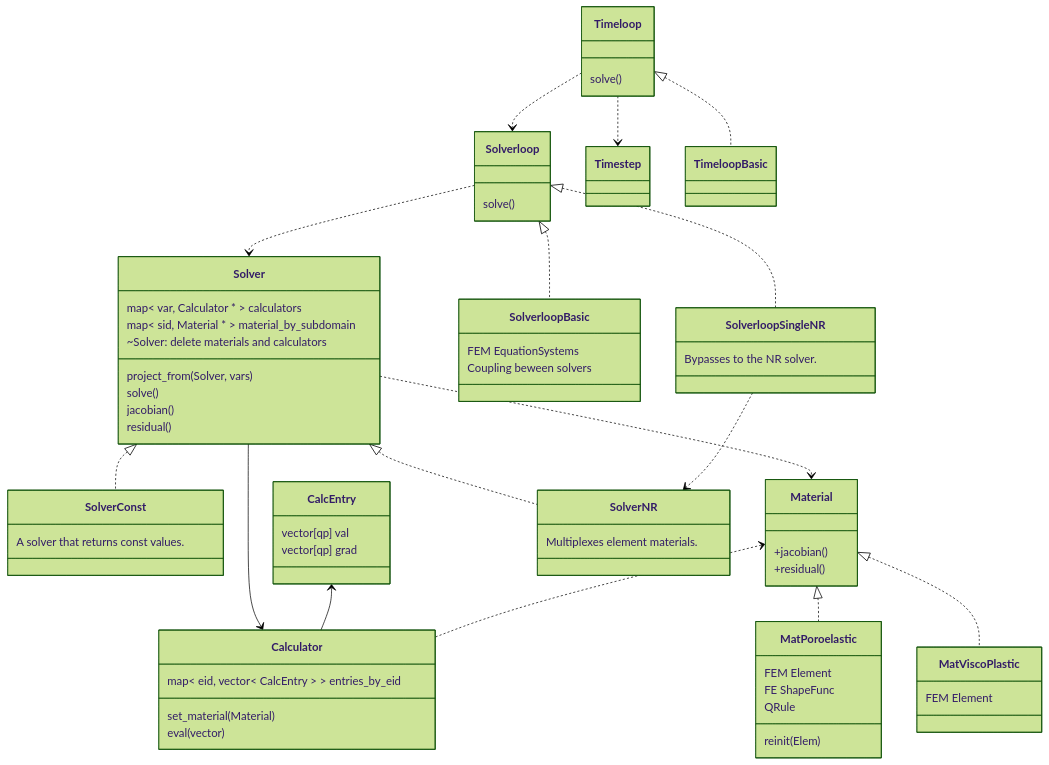
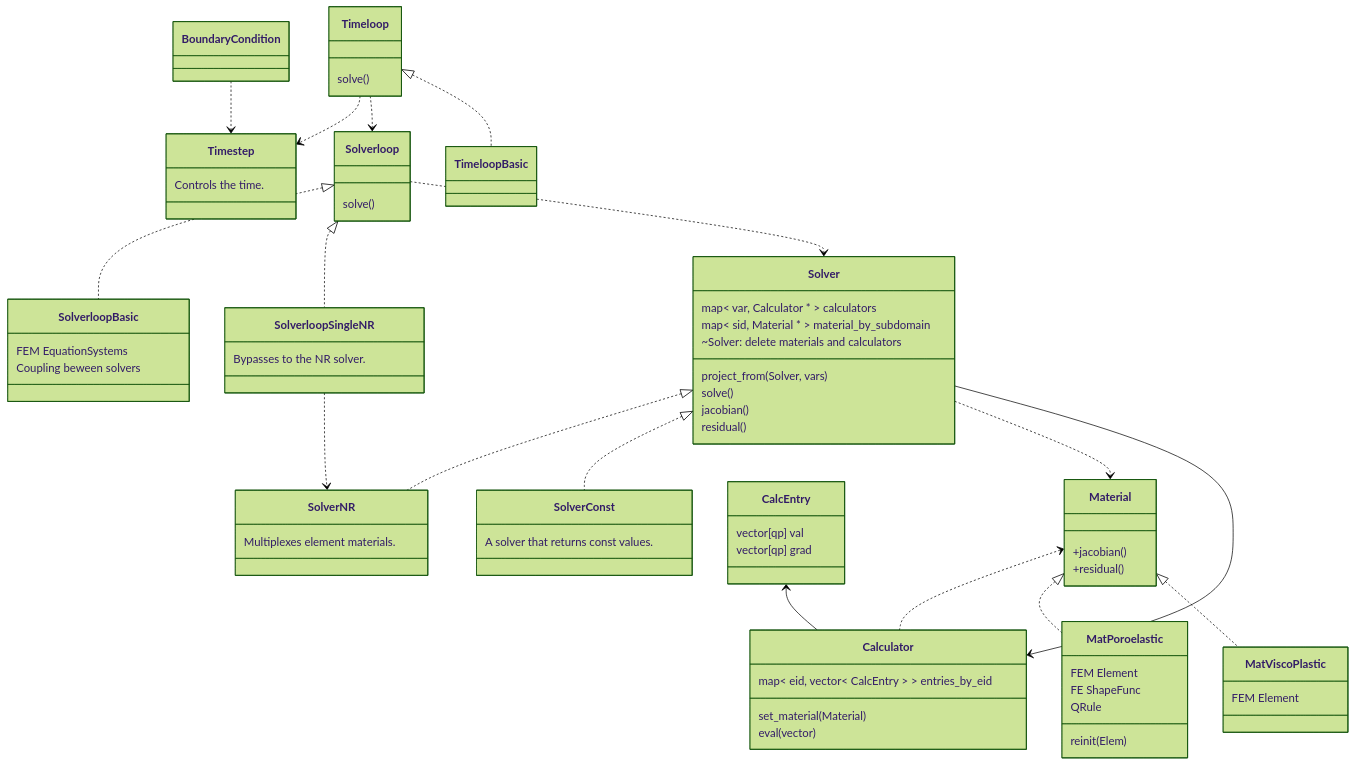
Before and after one commit to rebpoli/harpy: the diagram in include/README.md, drawn with Mermaid (forest theme). The commit also changed other lines of this file, not shown here.

```diff
--- a/include/README.md
+++ b/include/README.md
@@ -54,8 +54,9 @@
     Solverloop <|.. SolverloopBasic
     Calculator <-- Solver
 
-%% Helper
-    class Timestep { }
+    class Timestep { Controls the time. }
+    class BoundaryCondition { }
+    BoundaryCondition ..> Timestep
 
 %% Implementations
     class SolverloopBasic {
```
